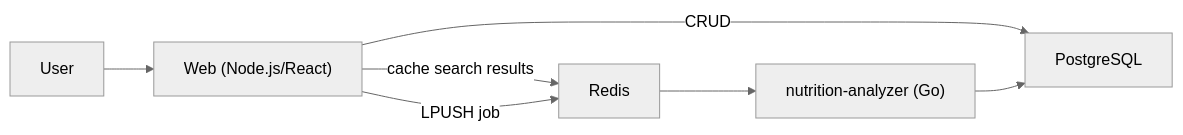
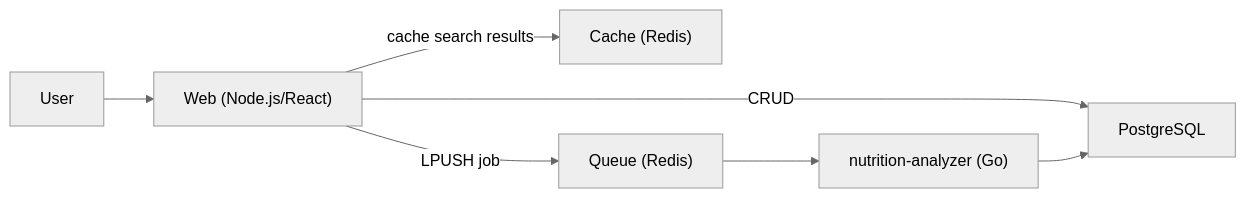
The diagram in README.md (my-oceanic-organization/recipe-app-compose-demo), drawn with Mermaid (neutral theme) before and after one commit. The commit also changed other lines of this file and 5 other files, not shown here.

Commit message:
Separate cache and queue Redises, wait for tables in analyzer startup

````diff
--- a/README.md
+++ b/README.md
@@ -7,9 +7,9 @@
 ```mermaid
 flowchart LR
     User --> Web["Web (Node.js/React)"]
     Web -- CRUD --> PostgreSQL
-    Web -- cache search results --> Redis
-    Web -- LPUSH job --> Redis
-    Redis --> Analyzer["nutrition-analyzer (Go)"]
+    Web -- cache search results --> Cache["Cache (Redis)"]
+    Web -- LPUSH job --> Queue["Queue (Redis)"]
+    Queue --> Analyzer["nutrition-analyzer (Go)"]
     Analyzer --> PostgreSQL
 ```
````
